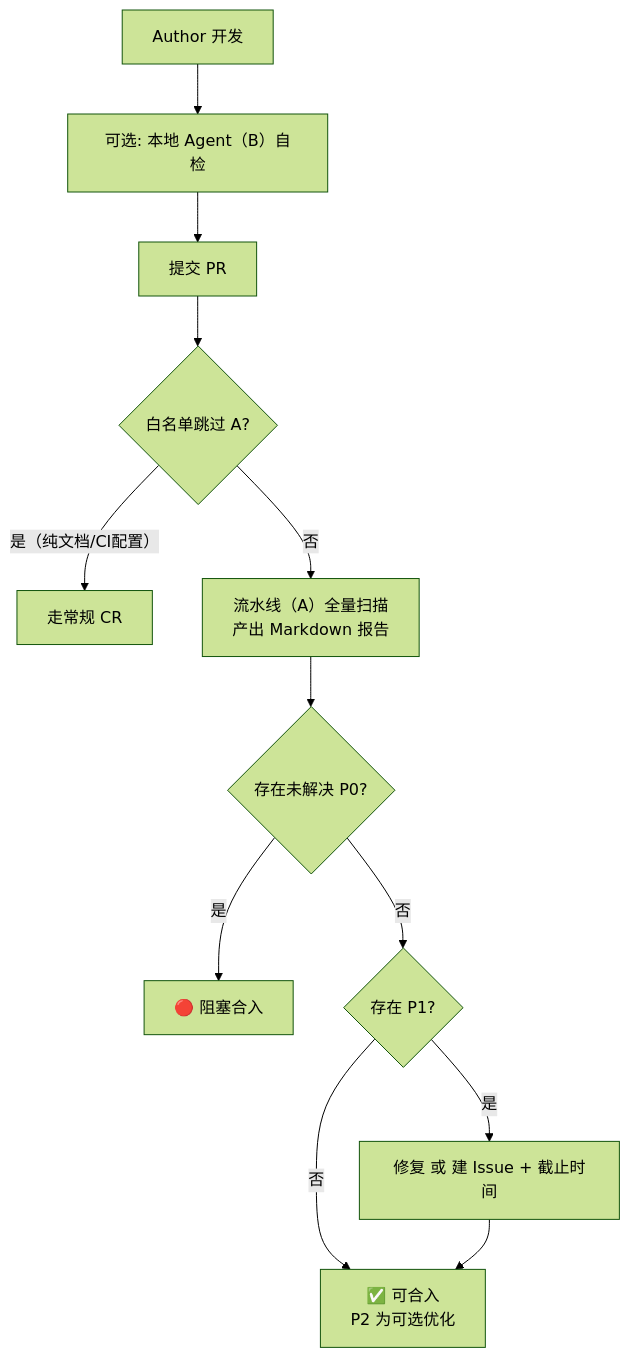
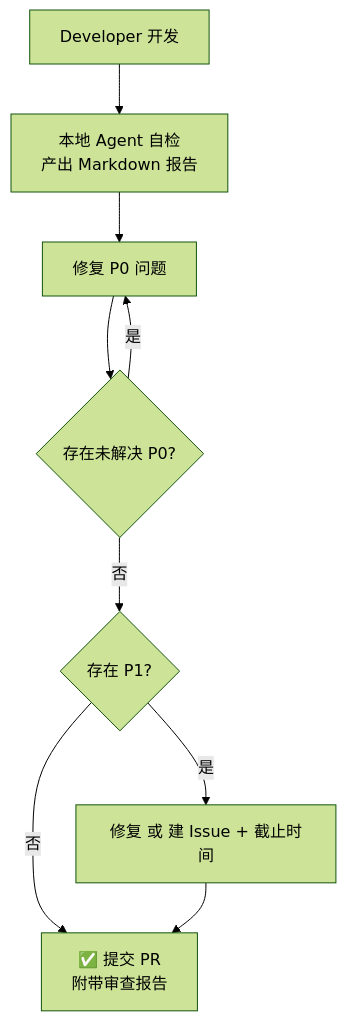
Before and after one commit to CaostGrace/ai-performance-code-review: the fourth of 4 diagrams in Android 性能 CR AI Code Review 技能 prd文档.md, drawn with Mermaid (forest theme). The commit also changed other lines of this file and 22 other files, not shown here.

````diff
--- a/Android 性能 CR AI Code Review 技能 prd文档.md
+++ b/Android 性能 CR AI Code Review 技能 prd文档.md
@@ -307,14 +278,11 @@
 ```mermaid
 flowchart TD
-    A["Author 开发"] --> B["可选: 本地 Agent（B）自检"]
-    B --> C["提交 PR"]
-    C --> D{"白名单跳过 A?"}
-    D -->|"是（纯文档/CI配置）"| E["走常规 CR"]
-    D -->|"否"| F["流水线（A）全量扫描<br/>产出 Markdown 报告"]
-    F --> G{"存在未解决 P0?"}
-    G -->|"是"| H["🔴 阻塞合入"]
-    G -->|"否"| I{"存在 P1?"}
-    I -->|"是"| J["修复 或 建 Issue + 截止时间"]
-    I -->|"否"| K["✅ 可合入<br/>P2 为可选优化"]
-    J --> K
+    A["Developer 开发"] --> B["本地 Agent 自检<br/>产出 Markdown 报告"]
+    B --> C["修复 P0 问题"]
+    C --> D{"存在未解决 P0?"}
+    D -->|"是"| C
+    D -->|"否"| E{"存在 P1?"}
+    E -->|"是"| F["修复 或 建 Issue + 截止时间"]
+    E -->|"否"| G["✅ 提交 PR<br/>附带审查报告"]
+    F --> G
 ```
````
